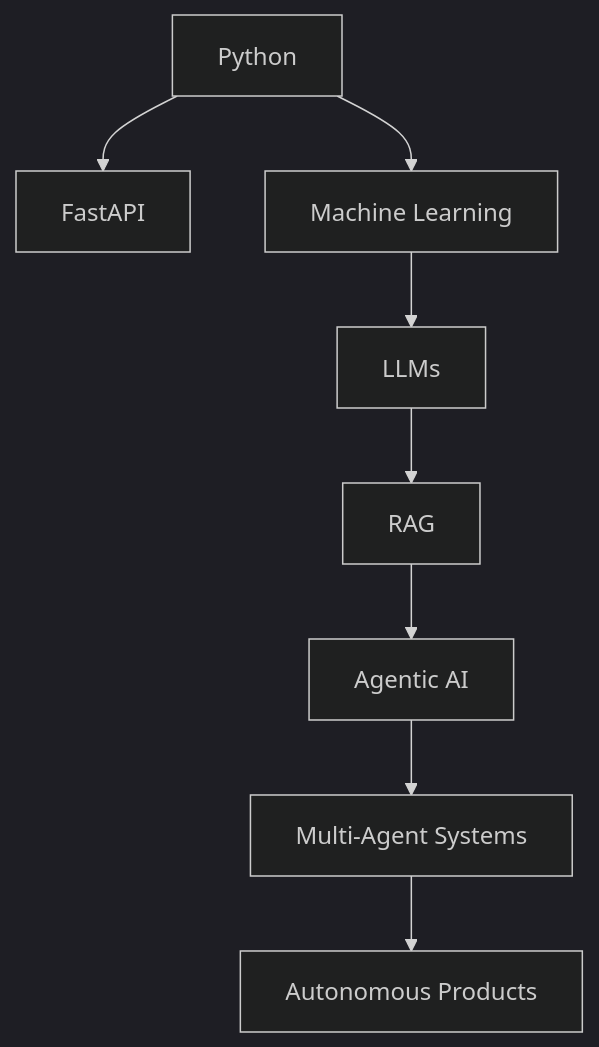
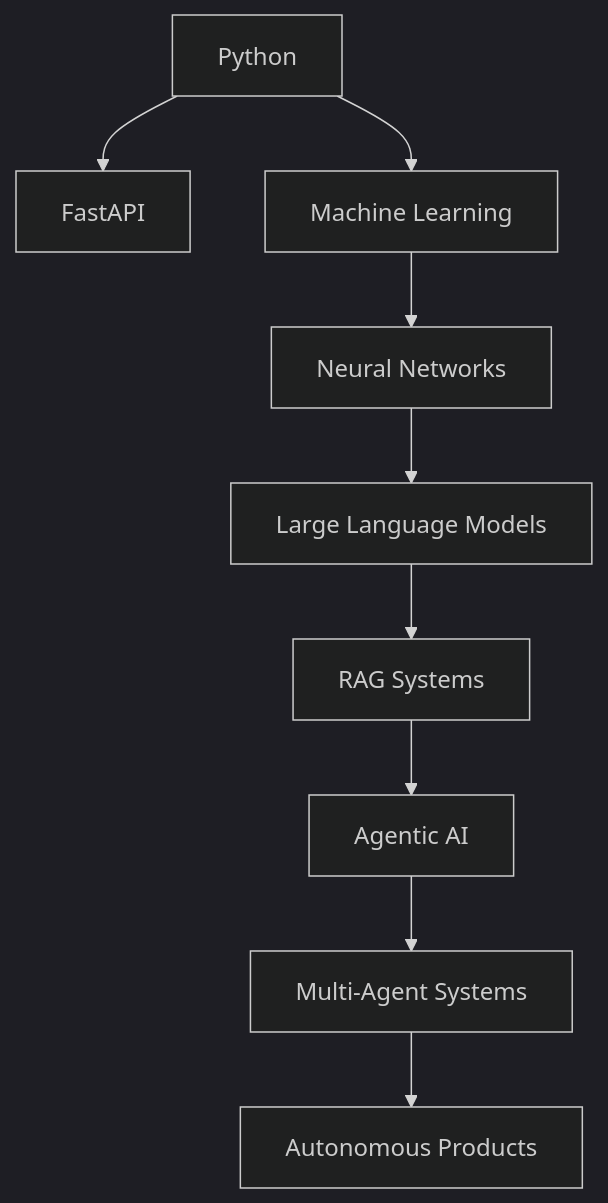
Before and after one commit to Mudasir-Iqbal/Mudasir-Iqbal: the diagram in README.md, drawn with Mermaid (dark theme). The commit also changed other lines of this file, not shown here.

````diff
--- a/README.md
+++ b/README.md
@@ -122,17 +124,19 @@
 ```mermaid
 graph TD
 
 A[Python] --> B[FastAPI]
 
 A --> C[Machine Learning]
 
-C --> D[LLMs]
+C --> D[Neural Networks]
 
-D --> E[RAG]
+D --> E[Large Language Models]
 
-E --> F[Agentic AI]
+E --> F[RAG Systems]
 
-F --> G[Multi-Agent Systems]
+F --> G[Agentic AI]
 
-G --> H[Autonomous Products]
+G --> H[Multi-Agent Systems]
+
+H --> I[Autonomous Products]
 ```
````
